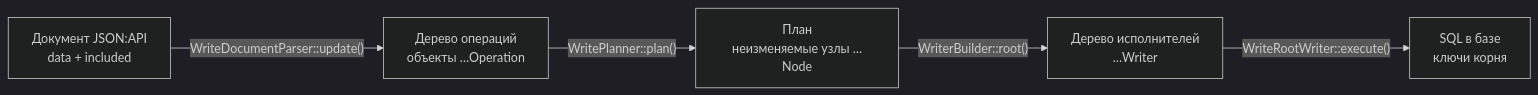
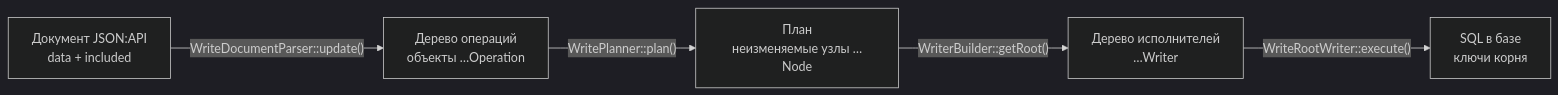
Before and after one commit to eduard-gr/jsonapi-engine: the first of 3 diagrams in example/patch-document.md, drawn with Mermaid (dark theme). The commit also changed other lines of this file and 286 other files, not shown here.

````diff
--- a/example/patch-document.md
+++ b/example/patch-document.md
@@ -32,7 +32,7 @@
 ```mermaid
 flowchart LR
     A["Документ JSON:API<br/>data + included"] -->|"WriteDocumentParser::update()"| B["Дерево операций<br/>объекты …Operation"]
     B -->|"WritePlanner::plan()"| C["План<br/>неизменяемые узлы …Node"]
-    C -->|"WriterBuilder::root()"| D["Дерево исполнителей<br/>…Writer"]
+    C -->|"WriterBuilder::getRoot()"| D["Дерево исполнителей<br/>…Writer"]
     D -->|"WriteRootWriter::execute()"| E["SQL в базе<br/>ключи корня"]
 ```
````
